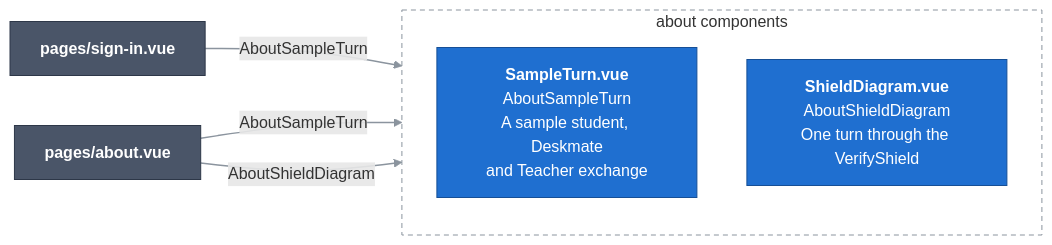
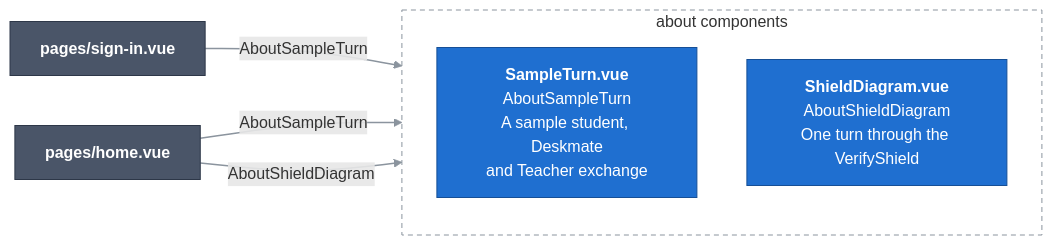
One commit to Bill2926/COS40005_HN9_Verifiable_Co-Learner_Agent changed the diagram in docs/c4/03-components/web-app/03-about-components.md. Above: the diagram before and after it, drawn with Mermaid. The commit also changed other lines of this file and 24 other files, not shown here.

````diff
--- a/docs/c4/03-components/web-app/03-about-components.md
+++ b/docs/c4/03-components/web-app/03-about-components.md
@@ -10,21 +10,21 @@
 ```mermaid
 flowchart LR
   classDef comp fill:#1f6fd0,stroke:#164f96,color:#ffffff
   classDef near fill:#4a5568,stroke:#2d3748,color:#ffffff
   linkStyle default stroke:#8b949e,stroke-width:1.5px
 
   signin["<b>pages/sign-in.vue</b>"]:::near
-  about["<b>pages/about.vue</b>"]:::near
+  home["<b>pages/home.vue</b>"]:::near
 
   subgraph parts["about components"]
     direction TB
     sample["<b>SampleTurn.vue</b><br/>AboutSampleTurn<br/>A sample student, Deskmate<br/>and Teacher exchange"]:::comp
     shield["<b>ShieldDiagram.vue</b><br/>AboutShieldDiagram<br/>One turn through the VerifyShield"]:::comp
   end
 
   signin ==>|"AboutSampleTurn"| sample
-  about ==>|"AboutSampleTurn"| sample
-  about ==>|"AboutShieldDiagram"| shield
+  home ==>|"AboutSampleTurn"| sample
+  home ==>|"AboutShieldDiagram"| shield
 
   style parts fill:none,stroke:#8b949e,stroke-dasharray:5 4
 ```
````
